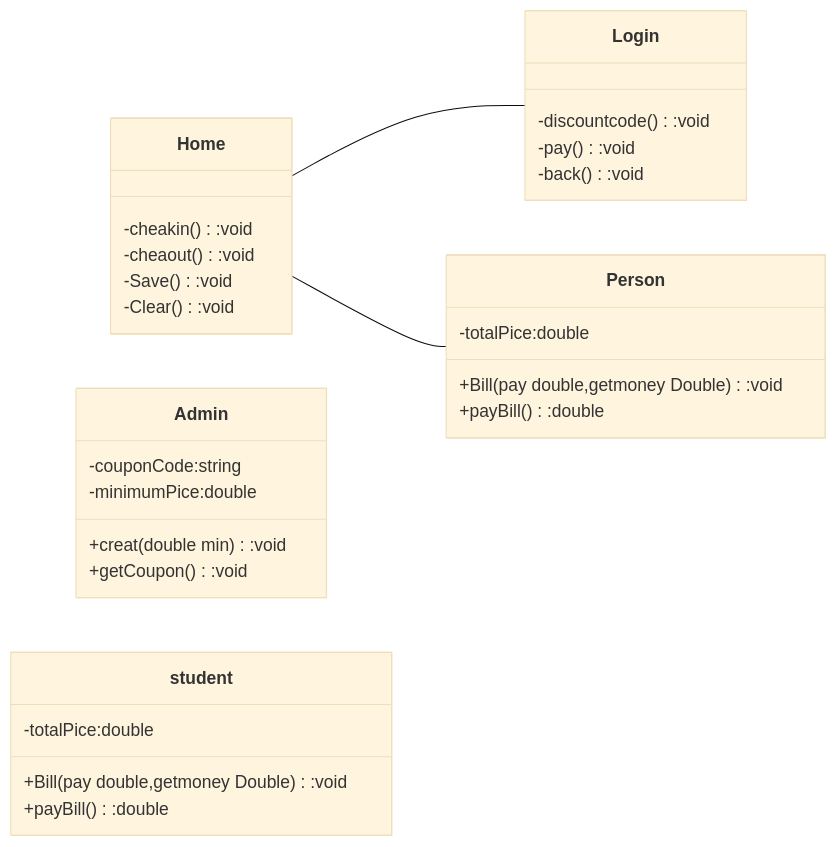
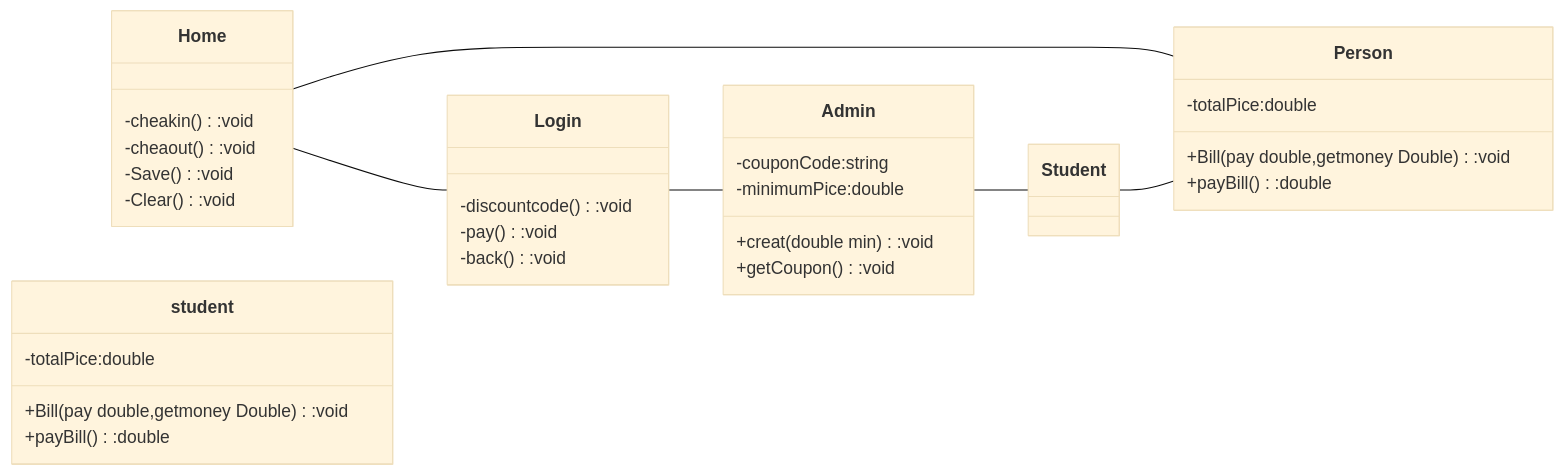
One commit to MDM007MDM/FP changed the diagram in ProjectRoom-main/README.md. Above: the diagram before and after it, drawn with Mermaid (base theme).

````diff
--- a/ProjectRoom-main/README.md
+++ b/ProjectRoom-main/README.md
@@ -10,34 +10,37 @@
 ```mermaid
 classDiagram
   direction LR
   class Home{
   -cheakin():void
   -cheaout():void
   -Save():void
   -Clear():void
 }
   class Login{
   -discountcode():void
   -pay():void
   -back():void
   }
   class Admin{
   -couponCode:string
   -minimumPice:double
   +creat(double min):void
   +getCoupon():void
   }
   class Person{
   -totalPice:double
   +Bill(pay double,getmoney Double):void
   +payBill():double
    }
   class student{
   -totalPice:double
   +Bill(pay double,getmoney Double):void
   +payBill():double
    }
   Home -- Login
   Home -- Person
+  Login -- Admin
+  Admin -- Student
+  Student -- Person
 
 ```
````
